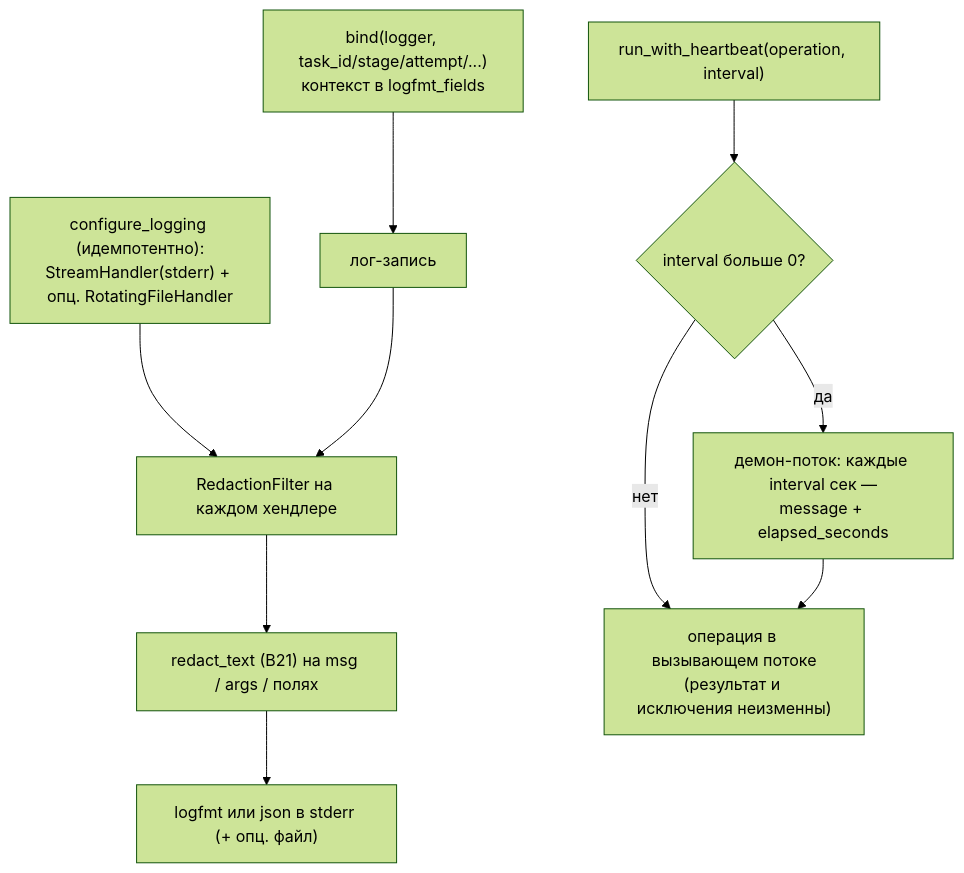
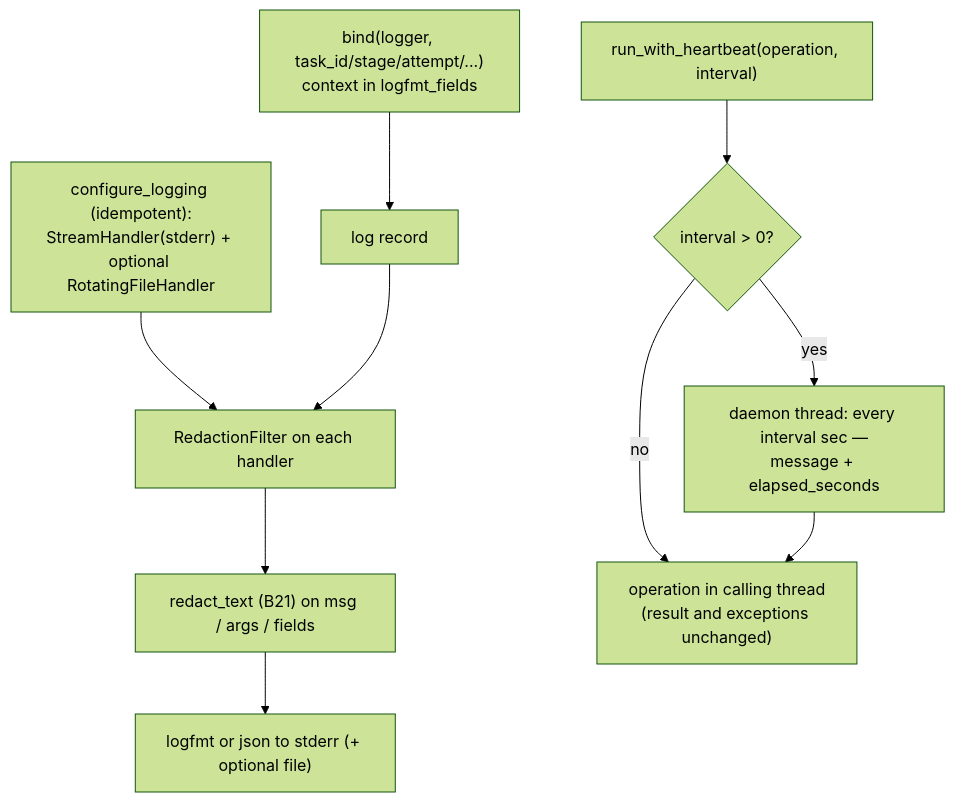
Before and after one commit to VladimirMakarevich/wastech-orchestrator: the diagram in docs/functional/blocks/B27-observability.md, drawn with Mermaid (forest theme). The commit also changed other lines of this file and 41 other files, not shown here.

Commit message:
docs: translate system flows documentation from Russian to English, ensuring clarity and consistency in terminology. Update sequence diagrams and flowcharts to reflect the changes in language. Maintain the structure and references to blocks for ease of navigation.

````diff
--- a/docs/functional/blocks/B27-observability.md
+++ b/docs/functional/blocks/B27-observability.md
@@ -46,12 +46,12 @@
 ```mermaid
 flowchart TB
-    cfg["configure_logging (идемпотентно):<br/>StreamHandler(stderr) + опц. RotatingFileHandler"] --> filt["RedactionFilter на каждом хендлере"]
-    bind["bind(logger, task_id/stage/attempt/...)<br/>контекст в logfmt_fields"] --> rec["лог-запись"]
+    cfg["configure_logging (idempotent):<br/>StreamHandler(stderr) + optional RotatingFileHandler"] --> filt["RedactionFilter on each handler"]
+    bind["bind(logger, task_id/stage/attempt/...)<br/>context in logfmt_fields"] --> rec["log record"]
     rec --> filt
-    filt --> redact["redact_text (B21) на msg / args / полях"]
-    redact --> out["logfmt или json в stderr (+ опц. файл)"]
-    hb["run_with_heartbeat(operation, interval)"] --> hbt{"interval больше 0?"}
-    hbt -->|да| thread["демон-поток: каждые interval сек —<br/>message + elapsed_seconds"]
-    hbt -->|нет| op["операция в вызывающем потоке<br/>(результат и исключения неизменны)"]
+    filt --> redact["redact_text (B21) on msg / args / fields"]
+    redact --> out["logfmt or json to stderr (+ optional file)"]
+    hb["run_with_heartbeat(operation, interval)"] --> hbt{"interval > 0?"}
+    hbt -->|yes| thread["daemon thread: every interval sec —<br/>message + elapsed_seconds"]
+    hbt -->|no| op["operation in calling thread<br/>(result and exceptions unchanged)"]
     thread --> op
 ```
````
